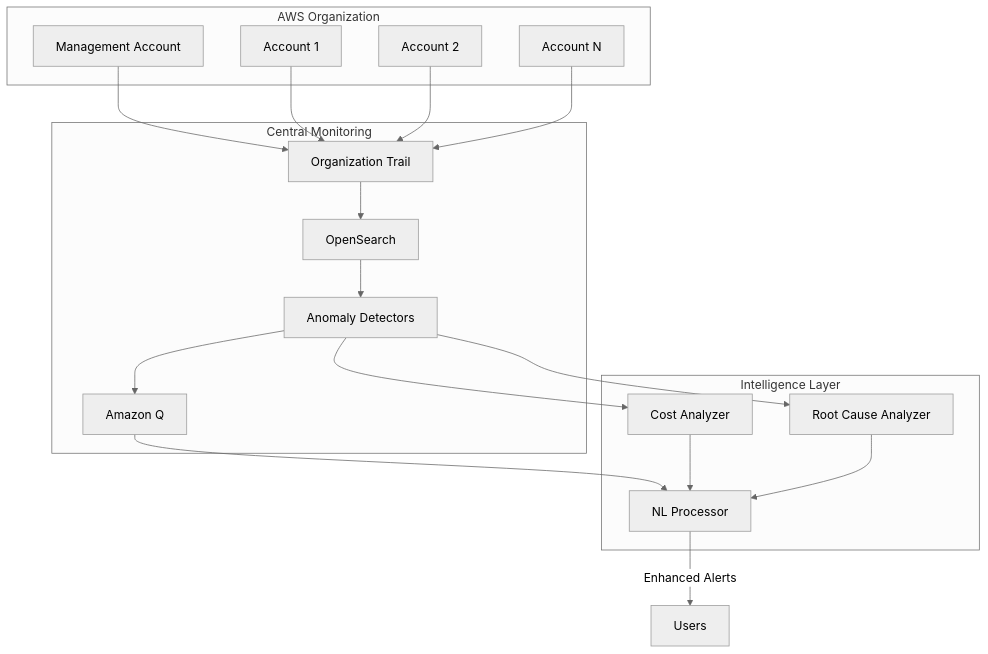
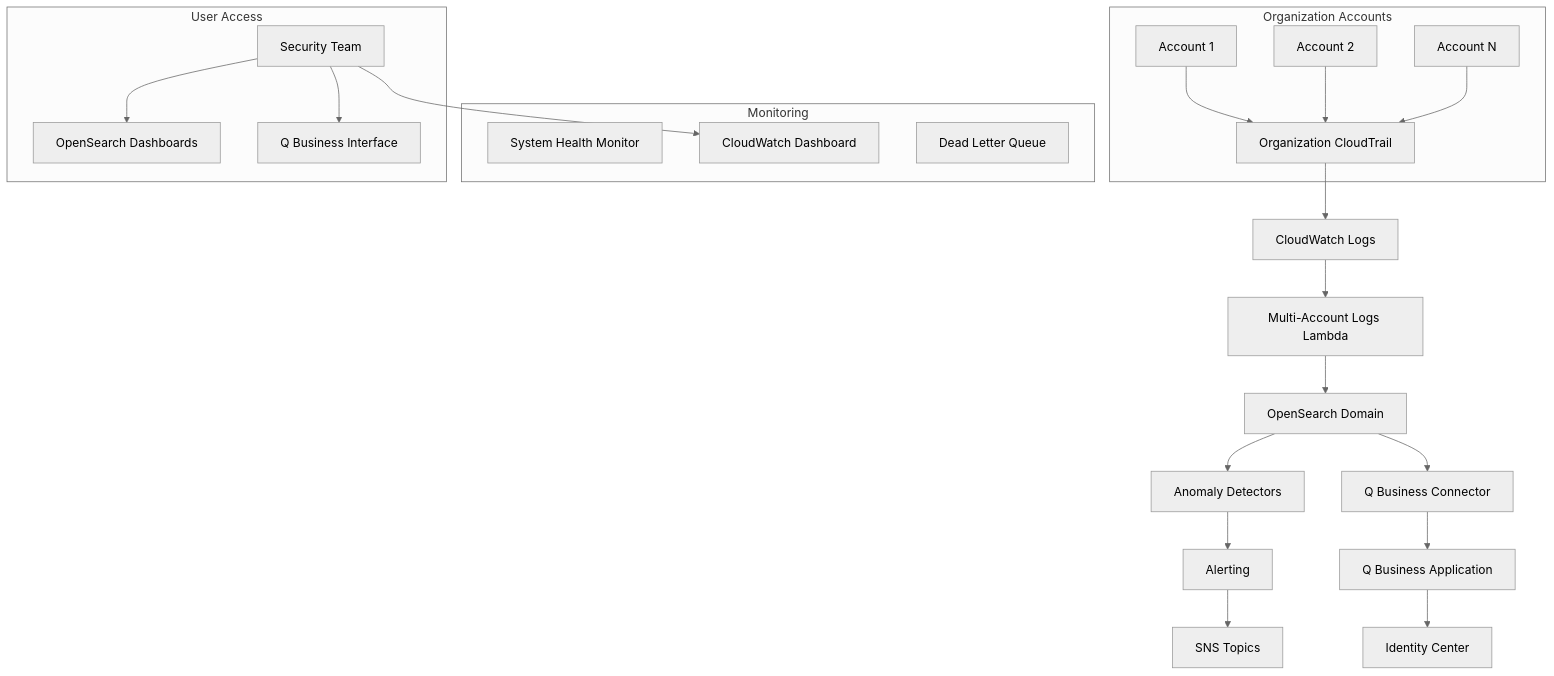
Before and after one commit to NithinChandranR-AWS/near-realtime-aws-usage-anomaly-detection: the diagram in README_ENHANCED.md, drawn with Mermaid (neutral theme). The commit also changed other lines of this file and 18 other files, not shown here.

First line of the commit message:
feat: Complete multi-account Q Business enhancement implementation

````diff
--- a/README_ENHANCED.md
+++ b/README_ENHANCED.md
@@ -131,38 +29,32 @@
 ```mermaid
 graph TB
-    subgraph "AWS Organization"
-        MA[Management Account]
-        A1[Account 1]
-        A2[Account 2]
-        AN[Account N]
+    subgraph "Organization Accounts"
+        A1[Account 1] --> CT[Organization CloudTrail]
+        A2[Account 2] --> CT
+        A3[Account N] --> CT
     end
     
-    subgraph "Central Monitoring"
-        CT[Organization Trail]
-        OS[OpenSearch]
-        AD[Anomaly Detectors]
-        QB[Amazon Q]
+    CT --> CWL[CloudWatch Logs]
+    CWL --> LAM[Multi-Account Logs Lambda]
+    LAM --> OS[OpenSearch Domain]
+    
+    OS --> AD[Anomaly Detectors]
+    AD --> AL[Alerting]
+    AL --> SNS[SNS Topics]
+    
+    OS --> QC[Q Business Connector]
+    QC --> QB[Q Business Application]
+    QB --> IC[Identity Center]
+    
+    subgraph "Monitoring"
+        SHM[System Health Monitor]
+        CWD[CloudWatch Dashboard]
+        DLQ[Dead Letter Queue]
     end
     
-    subgraph "Intelligence Layer"
-        NLP[NL Processor]
-        CA[Cost Analyzer]
-        RCA[Root Cause Analyzer]
+    subgraph "User Access"
+        U1[Security Team] --> OSD[OpenSearch Dashboards]
+        U1 --> QBI[Q Business Interface]
+        U1 --> CWD
     end
-    
-    MA --> CT
-    A1 --> CT
-    A2 --> CT
-    AN --> CT
-    
-    CT --> OS
-    OS --> AD
-    AD --> QB
-    QB --> NLP
-    NLP --> |Enhanced Alerts| Users
-    
-    AD --> CA
-    AD --> RCA
-    CA --> NLP
-    RCA --> NLP
 ```
````
